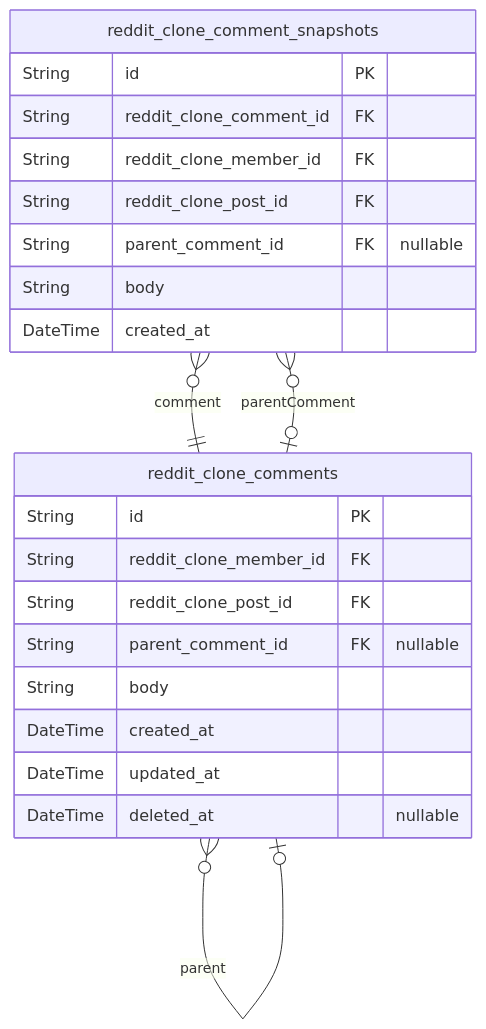
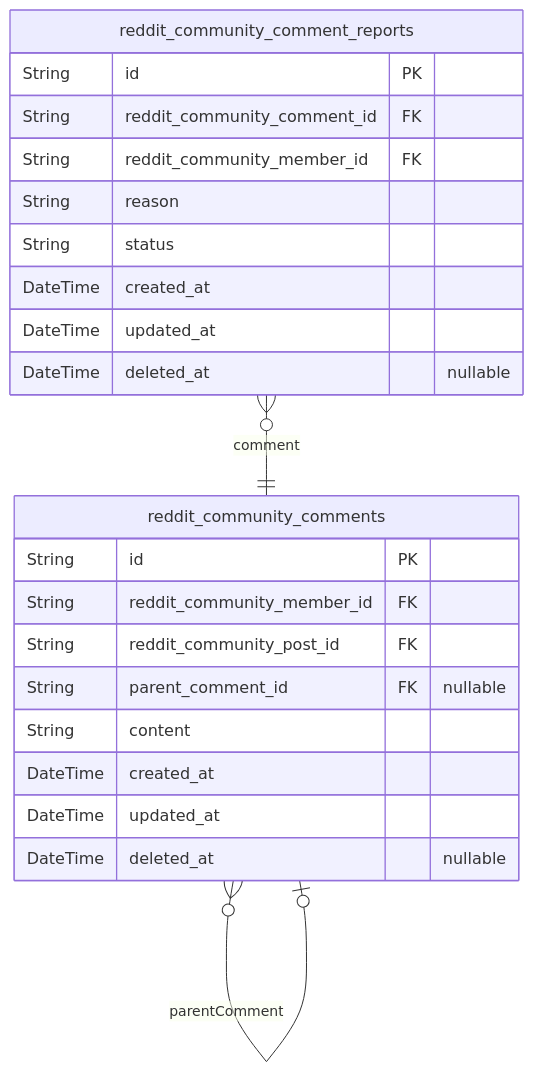
One commit to wrtnlabs/autobe-examples changed the fourth of 6 diagrams in qwen/qwen3.5-397b-a17b/reddit/docs/ERD.md. Above: the diagram before and after it, drawn with Mermaid. The commit also changed other lines of this file and 9017 other files, not shown here.

````diff
--- a/qwen/qwen3.5-397b-a17b/reddit/docs/ERD.md
+++ b/qwen/qwen3.5-397b-a17b/reddit/docs/ERD.md
@@ -567,25 +480,25 @@
 ```mermaid
 erDiagram
-"reddit_clone_comments" {
+"reddit_community_comments" {
   String id PK
-  String reddit_clone_member_id FK
-  String reddit_clone_post_id FK
+  String reddit_community_member_id FK
+  String reddit_community_post_id FK
   String parent_comment_id FK "nullable"
-  String body
+  String content
   DateTime created_at
   DateTime updated_at
   DateTime deleted_at "nullable"
 }
-"reddit_clone_comment_snapshots" {
+"reddit_community_comment_reports" {
   String id PK
-  String reddit_clone_comment_id FK
-  String reddit_clone_member_id FK
-  String reddit_clone_post_id FK
-  String parent_comment_id FK "nullable"
-  String body
+  String reddit_community_comment_id FK
+  String reddit_community_member_id FK
+  String reason
+  String status
   DateTime created_at
+  DateTime updated_at
+  DateTime deleted_at "nullable"
 }
-"reddit_clone_comments" }o--o| "reddit_clone_comments" : parent
-"reddit_clone_comment_snapshots" }o--|| "reddit_clone_comments" : comment
-"reddit_clone_comment_snapshots" }o--o| "reddit_clone_comments" : parentComment
+"reddit_community_comments" }o--o| "reddit_community_comments" : parentComment
+"reddit_community_comment_reports" }o--|| "reddit_community_comments" : comment
 ```
````
